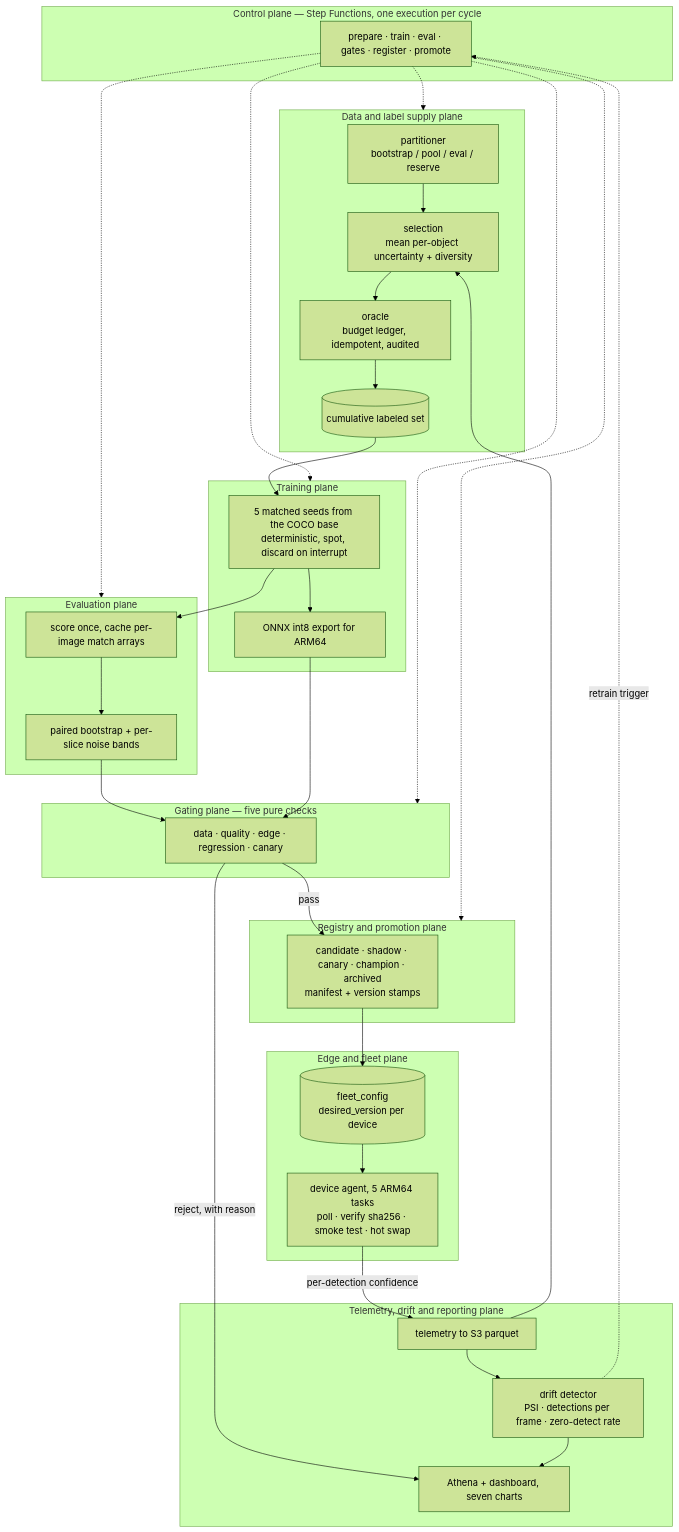
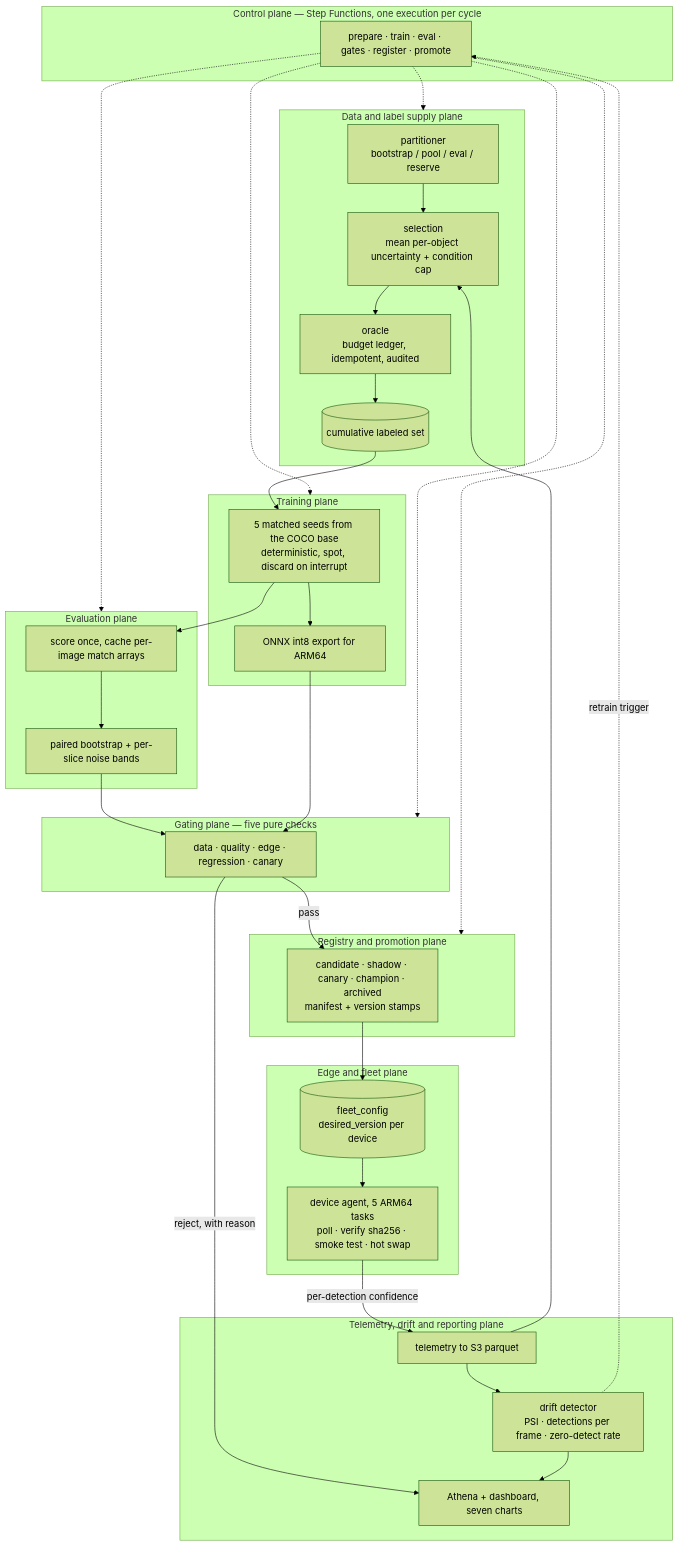
One commit to arnavnair220/edge-ml-flywheel changed the diagram in docs/00-overview.md. Above: the diagram before and after it, drawn with Mermaid (forest theme). The commit also changed other lines of this file and 1 other file, not shown here.

Commit message:
Replace the diversity pass with a condition cap and a random draw

````diff
--- a/docs/00-overview.md
+++ b/docs/00-overview.md
@@ -80,67 +80,67 @@
 ```mermaid
 flowchart TB
     subgraph CTRL["Control plane — Step Functions, one execution per cycle"]
         SFN["prepare · train · eval · gates · register · promote"]
     end
 
     subgraph DATA["Data and label supply plane"]
         PART["partitioner<br/>bootstrap / pool / eval / reserve"]
-        SEL["selection<br/>mean per-object uncertainty + diversity"]
+        SEL["selection<br/>mean per-object uncertainty + condition cap"]
         ORACLE["oracle<br/>budget ledger, idempotent, audited"]
         POOL[("cumulative labeled set")]
     end
 
     subgraph TRAIN["Training plane"]
         SEEDS["5 matched seeds from the COCO base<br/>deterministic, spot, discard on interrupt"]
         EXPORT["ONNX int8 export for ARM64"]
     end
 
     subgraph EVAL["Evaluation plane"]
         SCORE["score once, cache per-image match arrays"]
         BOOT["paired bootstrap + per-slice noise bands"]
     end
 
     subgraph GATE["Gating plane — five pure checks"]
         G["data · quality · edge · regression · canary"]
     end
 
     subgraph REG["Registry and promotion plane"]
         SM["candidate · shadow · canary · champion · archived<br/>manifest + version stamps"]
     end
 
     subgraph EDGE["Edge and fleet plane"]
         CFG[("fleet_config<br/>desired_version per device")]
         AGENT["device agent, 5 ARM64 tasks<br/>poll · verify sha256 · smoke test · hot swap"]
     end
 
     subgraph OBS["Telemetry, drift and reporting plane"]
         TEL["telemetry to S3 parquet"]
         DRIFT["drift detector<br/>PSI · detections per frame · zero-detect rate"]
         DASH["Athena + dashboard, seven charts"]
     end
 
     PART --> SEL
     SEL --> ORACLE
     ORACLE --> POOL
     POOL --> SEEDS
     SEEDS --> SCORE
     SCORE --> BOOT
     BOOT --> G
     SEEDS --> EXPORT
     EXPORT --> G
     G -->|pass| SM
     G -->|"reject, with reason"| DASH
     SM --> CFG
     CFG --> AGENT
     AGENT -->|"per-detection confidence"| TEL
     TEL --> SEL
     TEL --> DRIFT
     DRIFT --> DASH
     DRIFT -.->|"retrain trigger"| SFN
 
     SFN -.-> DATA
     SFN -.-> TRAIN
     SFN -.-> EVAL
     SFN -.-> GATE
     SFN -.-> REG
 ```
````
